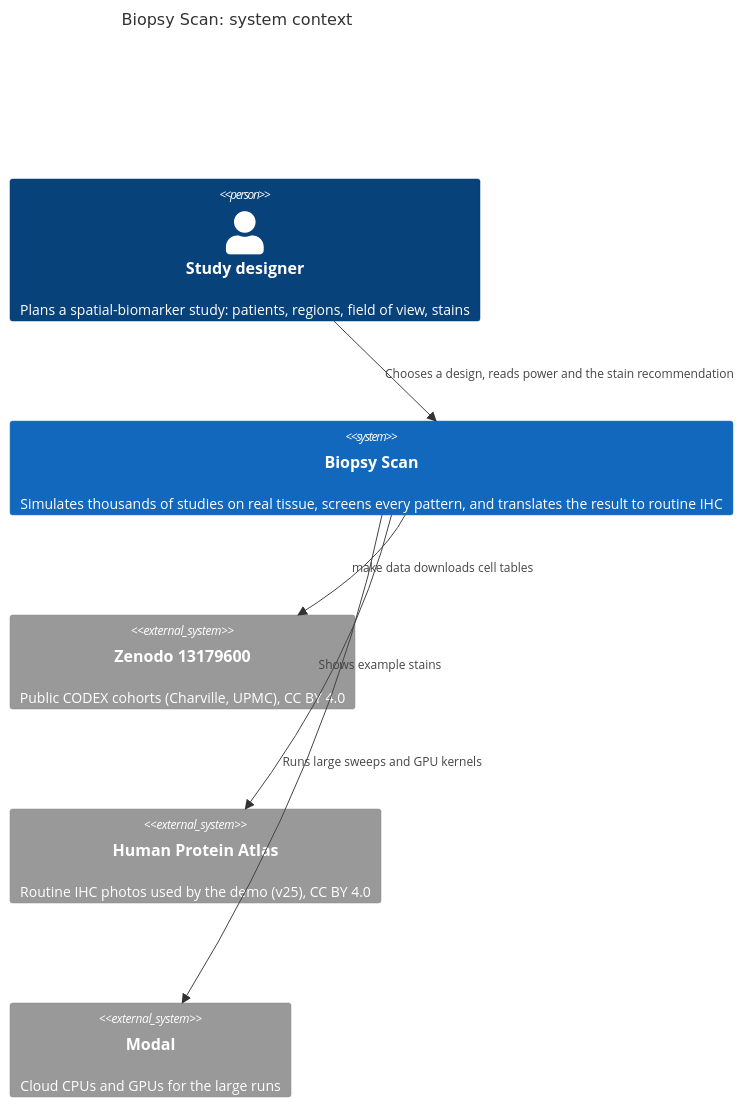
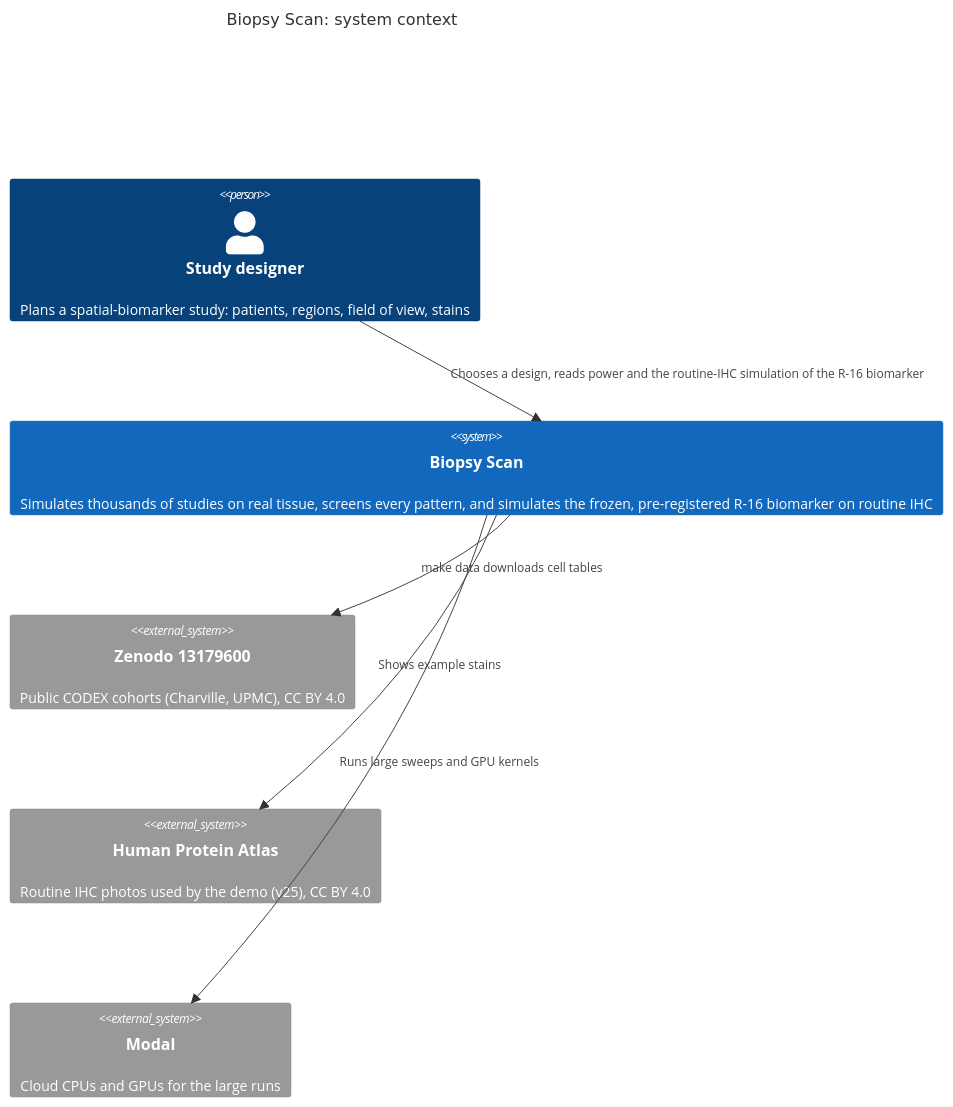
Before and after one commit to atiladeokegab/biopsy-scan: the first of 3 diagrams in ARCHITECTURE.md, drawn with Mermaid. The commit also changed 12 other files, not shown here.

````diff
--- a/ARCHITECTURE.md
+++ b/ARCHITECTURE.md
@@ -11,13 +11,13 @@
 ```mermaid
 C4Context
   title Biopsy Scan: system context
   Person(researcher, "Study designer", "Plans a spatial-biomarker study: patients, regions, field of view, stains")
-  System(preflight, "Biopsy Scan", "Simulates thousands of studies on real tissue, screens every pattern, and translates the result to routine IHC")
+  System(preflight, "Biopsy Scan", "Simulates thousands of studies on real tissue, screens every pattern, and simulates the frozen, pre-registered R-16 biomarker on routine IHC")
   System_Ext(zenodo, "Zenodo 13179600", "Public CODEX cohorts (Charville, UPMC), CC BY 4.0")
   System_Ext(hpa, "Human Protein Atlas", "Routine IHC photos used by the demo (v25), CC BY 4.0")
   System_Ext(modal, "Modal", "Cloud CPUs and GPUs for the large runs")
-  Rel(researcher, preflight, "Chooses a design, reads power and the stain recommendation")
+  Rel(researcher, preflight, "Chooses a design, reads power and the routine-IHC simulation of the R-16 biomarker")
   Rel(preflight, zenodo, "make data downloads cell tables")
   Rel(preflight, modal, "Runs large sweeps and GPU kernels")
   Rel(preflight, hpa, "Shows example stains")
 ```
````
